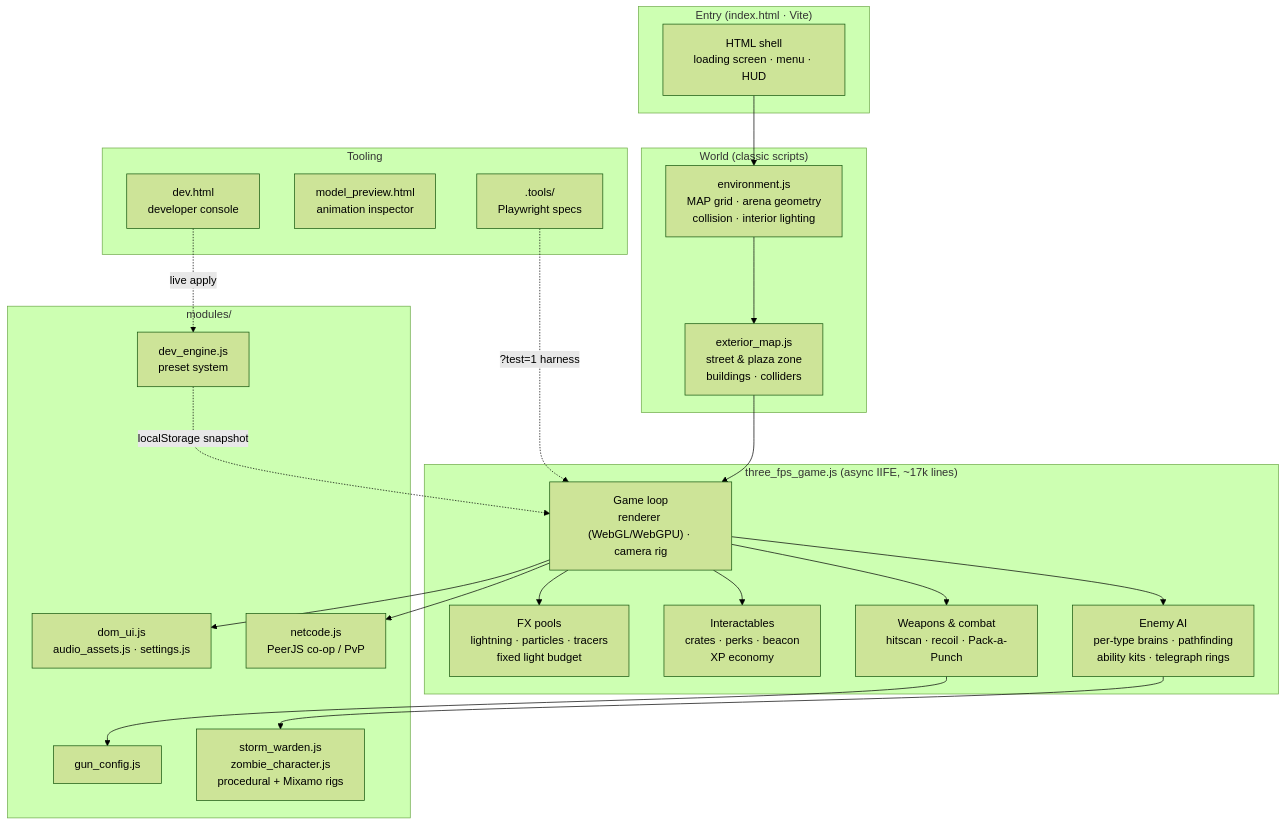
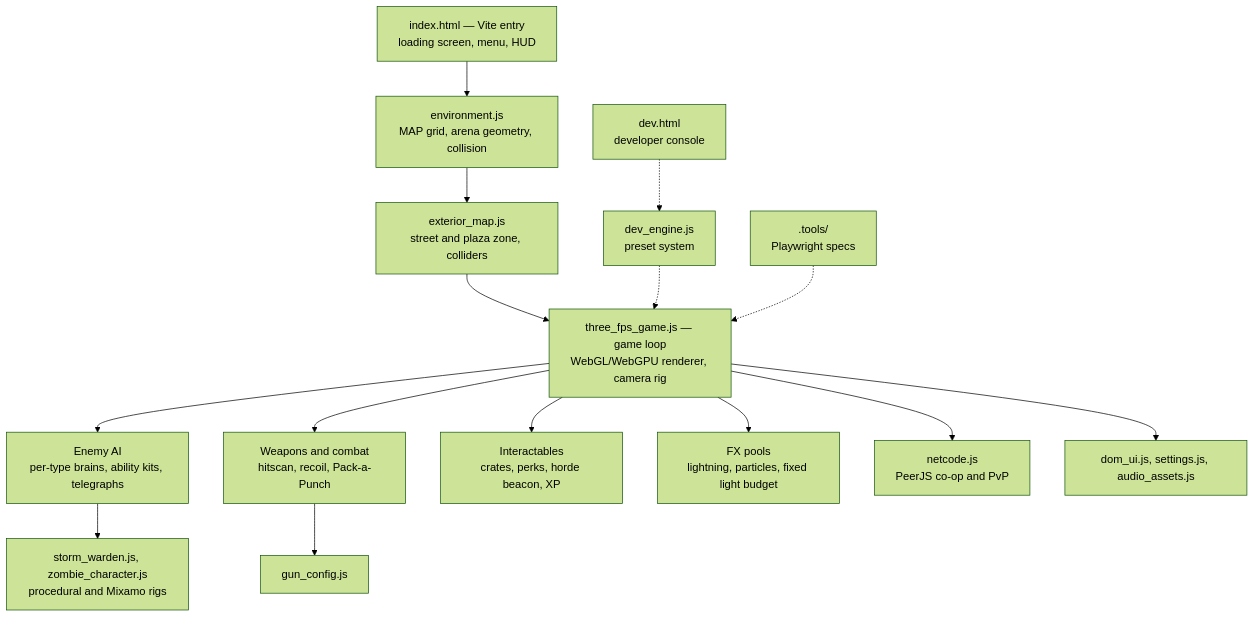
Before and after one commit to Lagilava/unknw-fps: the diagram in README.md, drawn with Mermaid (forest theme).

Commit message:
README: fix architecture diagram that failed to render on GitHub
GitHub's Mermaid layout engine errored ("could not find a suitable
point") on the subgraph + chained-edge syntax. Flattened to plain
nodes with individual edges; verified rendering via mermaid.ink.

````diff
--- a/README.md
+++ b/README.md
@@ -58,42 +58,33 @@
 ```mermaid
 flowchart TB
-    subgraph entry ["Entry (index.html · Vite)"]
-        HTML["HTML shell<br/>loading screen · menu · HUD"]
-    end
+    HTML["index.html — Vite entry<br/>loading screen, menu, HUD"]
+    ENV["environment.js<br/>MAP grid, arena geometry, collision"]
+    EXT["exterior_map.js<br/>street and plaza zone, colliders"]
+    LOOP["three_fps_game.js — game loop<br/>WebGL/WebGPU renderer, camera rig"]
+    AI["Enemy AI<br/>per-type brains, ability kits, telegraphs"]
+    WPN["Weapons and combat<br/>hitscan, recoil, Pack-a-Punch"]
+    ECON["Interactables<br/>crates, perks, horde beacon, XP"]
+    FX["FX pools<br/>lightning, particles, fixed light budget"]
+    RIG["storm_warden.js, zombie_character.js<br/>procedural and Mixamo rigs"]
+    GUN["gun_config.js"]
+    NET["netcode.js<br/>PeerJS co-op and PvP"]
+    UI["dom_ui.js, settings.js, audio_assets.js"]
+    DEVE["dev_engine.js<br/>preset system"]
+    DEVC["dev.html<br/>developer console"]
+    TESTS[".tools/<br/>Playwright specs"]
 
-    subgraph world ["World (classic scripts)"]
-        ENV["environment.js<br/>MAP grid · arena geometry<br/>collision · interior lighting"]
-        EXT["exterior_map.js<br/>street & plaza zone<br/>buildings · colliders"]
-    end
-
-    subgraph game ["three_fps_game.js (async IIFE, ~17k lines)"]
-        LOOP["Game loop<br/>renderer (WebGL/WebGPU) · camera rig"]
-        AI["Enemy AI<br/>per-type brains · pathfinding<br/>ability kits · telegraph rings"]
-        WPN["Weapons & combat<br/>hitscan · recoil · Pack-a-Punch"]
-        ECON["Interactables<br/>crates · perks · beacon<br/>XP economy"]
-        FX["FX pools<br/>lightning · particles · tracers<br/>fixed light budget"]
-    end
-
-    subgraph mods ["modules/"]
-        GUN["gun_config.js"]
-        NET["netcode.js<br/>PeerJS co-op / PvP"]
-        RIG["storm_warden.js<br/>zombie_character.js<br/>procedural + Mixamo rigs"]
-        DEVE["dev_engine.js<br/>preset system"]
-        UI["dom_ui.js<br/>audio_assets.js · settings.js"]
-    end
-
-    subgraph tooling ["Tooling"]
-        DEVC["dev.html<br/>developer console"]
-        PREV["model_preview.html<br/>animation inspector"]
-        TESTS[".tools/<br/>Playwright specs"]
-    end
-
-    HTML --> ENV --> EXT --> LOOP
-    LOOP --> AI & WPN & ECON & FX
+    HTML --> ENV
+    ENV --> EXT
+    EXT --> LOOP
+    LOOP --> AI
+    LOOP --> WPN
+    LOOP --> ECON
+    LOOP --> FX
+    LOOP --> NET
+    LOOP --> UI
     AI --> RIG
     WPN --> GUN
-    LOOP --> NET & UI
-    DEVE -. "localStorage snapshot" .-> LOOP
-    DEVC -. "live apply" .-> DEVE
-    TESTS -. "?test=1 harness" .-> LOOP
+    DEVC -.-> DEVE
+    DEVE -.-> LOOP
+    TESTS -.-> LOOP
 ```
````
